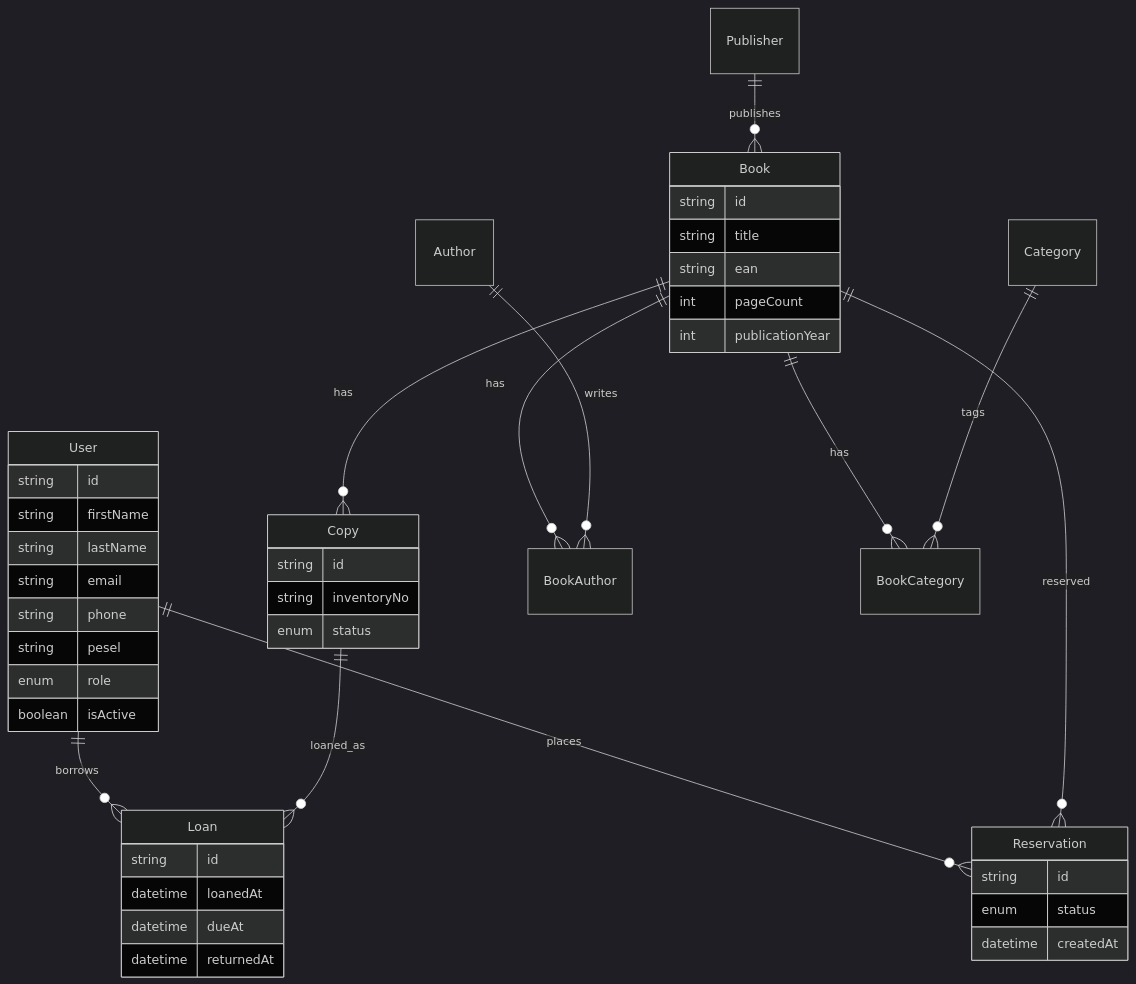
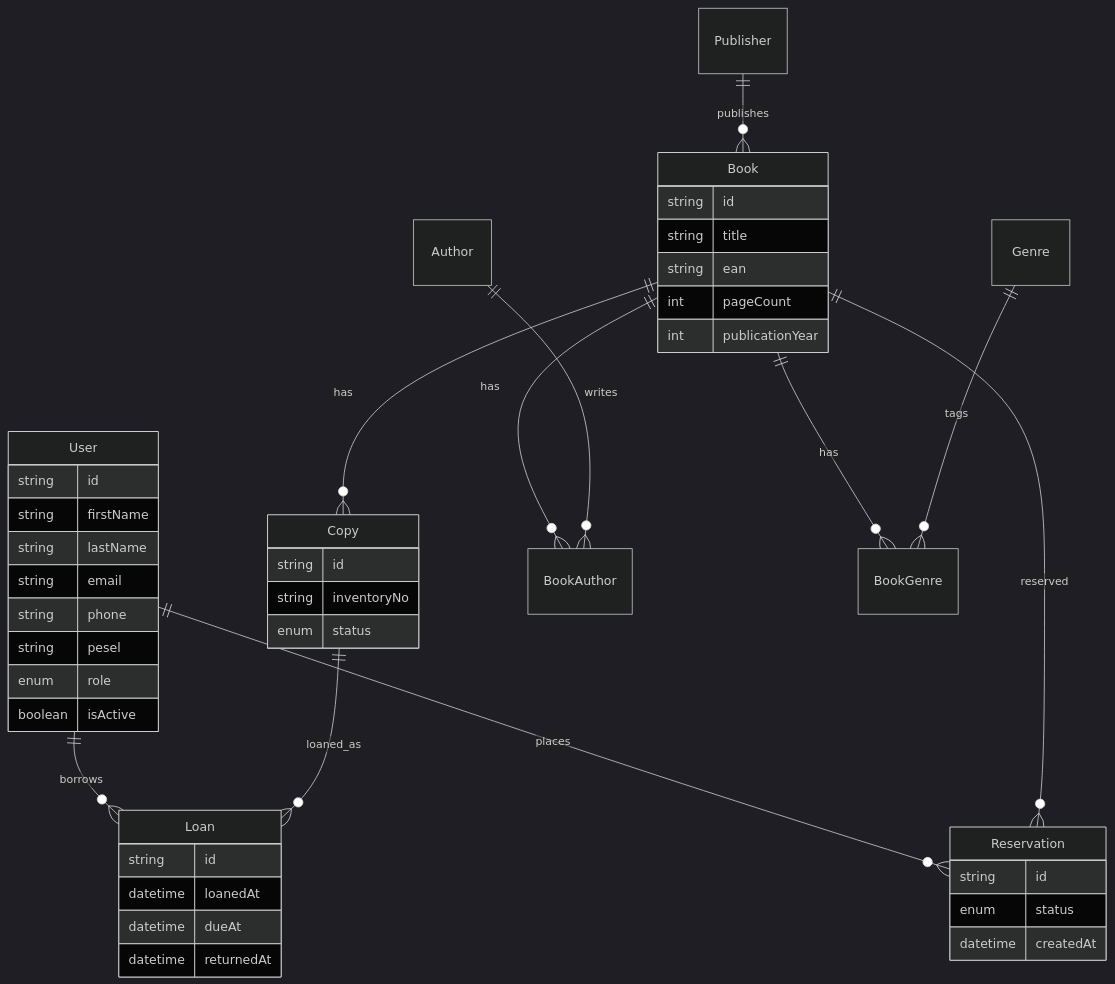
Before and after one commit to jedryczkatymon/BD2P: the diagram in README.md, drawn with Mermaid (dark theme). The commit also changed other lines of this file and 45 other files, not shown here.

````diff
--- a/README.md
+++ b/README.md
@@ -136,47 +136,47 @@
 ```mermaid
 erDiagram
     User ||--o{ Loan : borrows
     User ||--o{ Reservation : places
     Book ||--o{ Copy : has
     Book ||--o{ BookAuthor : has
-    Book ||--o{ BookCategory : has
+    Book ||--o{ BookGenre : has
     Book ||--o{ Reservation : reserved
     Author ||--o{ BookAuthor : writes
-    Category ||--o{ BookCategory : tags
+    Genre ||--o{ BookGenre : tags
     Publisher ||--o{ Book : publishes
     Copy ||--o{ Loan : loaned_as
 
     User {
         string id
         string firstName
         string lastName
         string email
         string phone
         string pesel
         enum role
         boolean isActive
     }
     Book {
         string id
         string title
         string ean
         int pageCount
         int publicationYear
     }
     Copy {
         string id
         string inventoryNo
         enum status
     }
     Loan {
         string id
         datetime loanedAt
         datetime dueAt
         datetime returnedAt
     }
     Reservation {
         string id
         enum status
         datetime createdAt
     }
 ```
````
